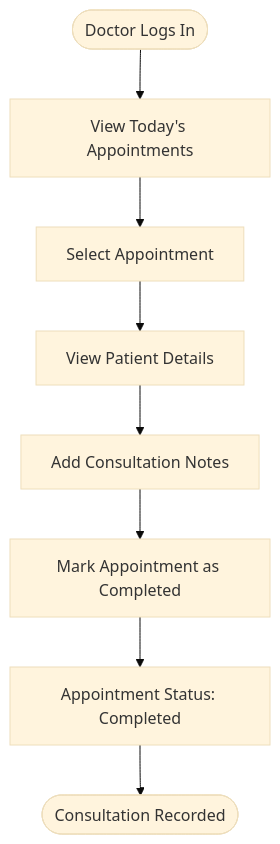
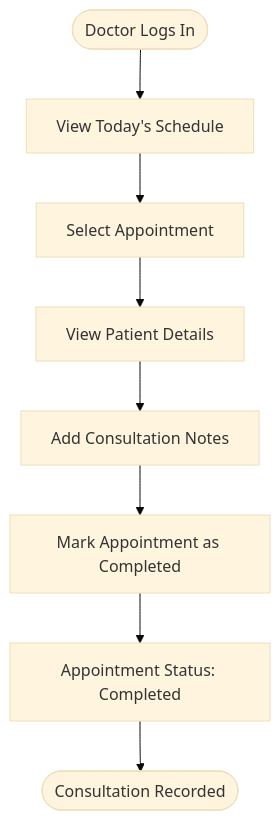
The second of 12 diagrams in docs/04-Flow-Design.md (AmbyHasan/HMS), drawn with Mermaid (base theme) before and after one commit. The commit also changed other lines of this file, not shown here.

Commit message:
Fix flow design doc

````diff
--- a/docs/04-Flow-Design.md
+++ b/docs/04-Flow-Design.md
@@ -45,10 +49,10 @@
 ```mermaid
 flowchart TD
-    A([Doctor Logs In]) --> B[View Today's Appointments]
+    A([Doctor Logs In]) --> B[View Today's Schedule]
     B --> C[Select Appointment]
     C --> D[View Patient Details]
     D --> E[Add Consultation Notes]
     E --> F[Mark Appointment as Completed]
     F --> G[Appointment Status: Completed]
     G --> H([Consultation Recorded])
 ```
````
